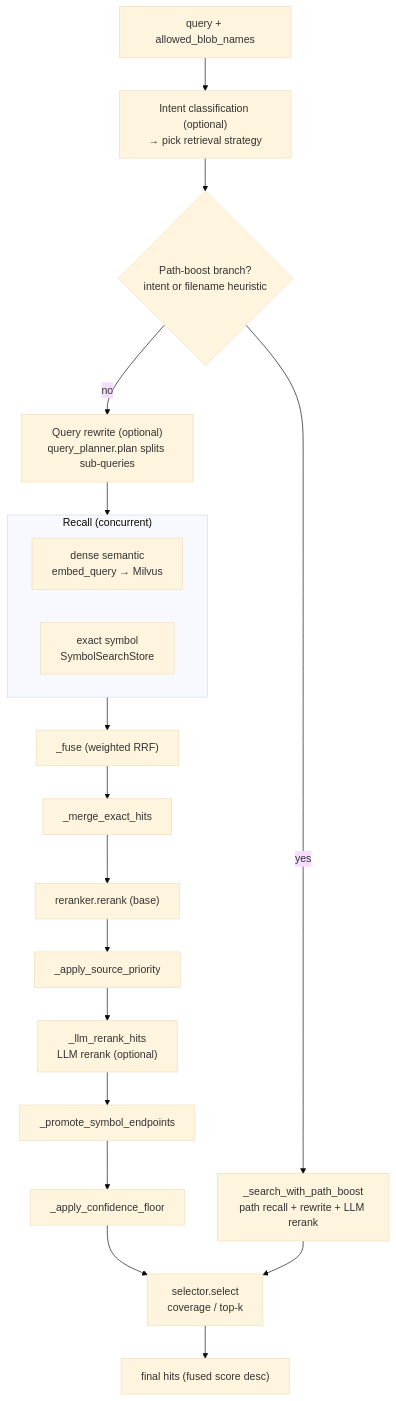
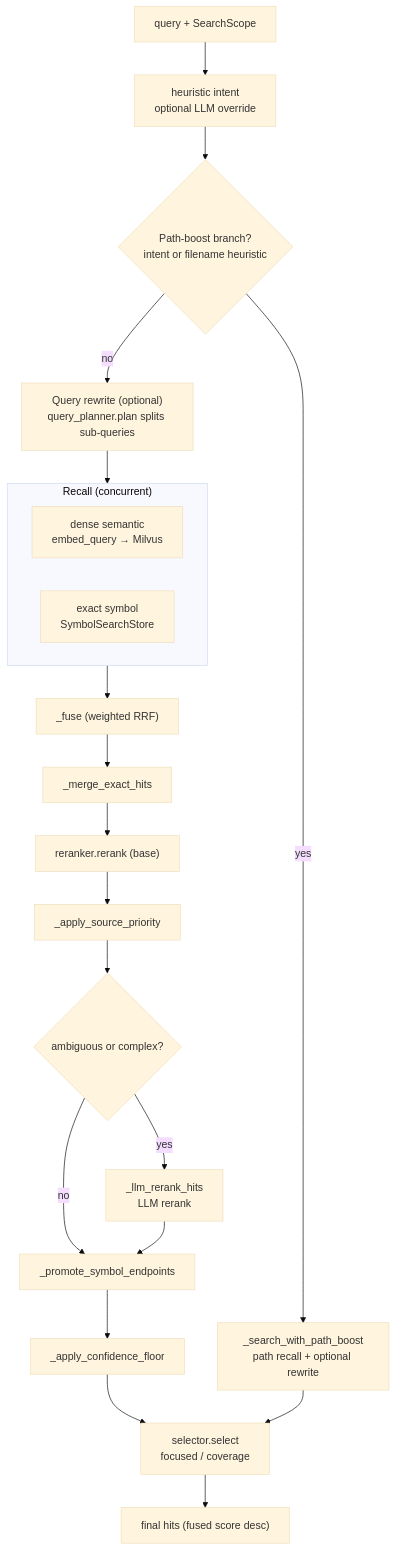
Before and after one commit to JasonEX/oce: the second of 2 diagrams in README.md, drawn with Mermaid (base theme). The commit also changed other lines of this file and 25 other files, not shown here.

````diff
--- a/README.md
+++ b/README.md
@@ -393,29 +397,31 @@
 ```mermaid
 flowchart TB
-    Q["query + allowed_blob_names"]
-    Q --> Intent["Intent classification (optional)<br/>→ pick retrieval strategy"]
+    Q["query + SearchScope"]
+    Q --> Intent["heuristic intent<br/>optional LLM override"]
     Intent --> PathCheck{"Path-boost branch?<br/>intent or filename heuristic"}
 
-    PathCheck -->|yes| PathBoost["_search_with_path_boost<br/>path recall + rewrite + LLM rerank"]
+    PathCheck -->|yes| PathBoost["_search_with_path_boost<br/>path recall + optional rewrite"]
     PathCheck -->|no| Rewrite["Query rewrite (optional)<br/>query_planner.plan splits sub-queries"]
 
     Rewrite --> Recall
 
     subgraph Recall["Recall (concurrent)"]
         direction LR
         Dense["dense semantic<br/>embed_query → Milvus"]
         Exact["exact symbol<br/>SymbolSearchStore"]
     end
 
     Recall --> Fuse["_fuse (weighted RRF)"]
     Fuse --> Merge["_merge_exact_hits"]
     Merge --> Rerank["reranker.rerank (base)"]
     Rerank --> Source["_apply_source_priority"]
-    Source --> LLMRerank["_llm_rerank_hits<br/>LLM rerank (optional)"]
+    Source --> Gate{"ambiguous or complex?"}
+    Gate -->|yes| LLMRerank["_llm_rerank_hits<br/>LLM rerank"]
+    Gate -->|no| Promote
     LLMRerank --> Promote["_promote_symbol_endpoints"]
     Promote --> Floor["_apply_confidence_floor"]
-    Floor --> Select["selector.select<br/>coverage / top-k"]
+    Floor --> Select["selector.select<br/>focused / coverage"]
 
     PathBoost --> Select
     Select --> Out["final hits (fused score desc)"]
 ```
````
